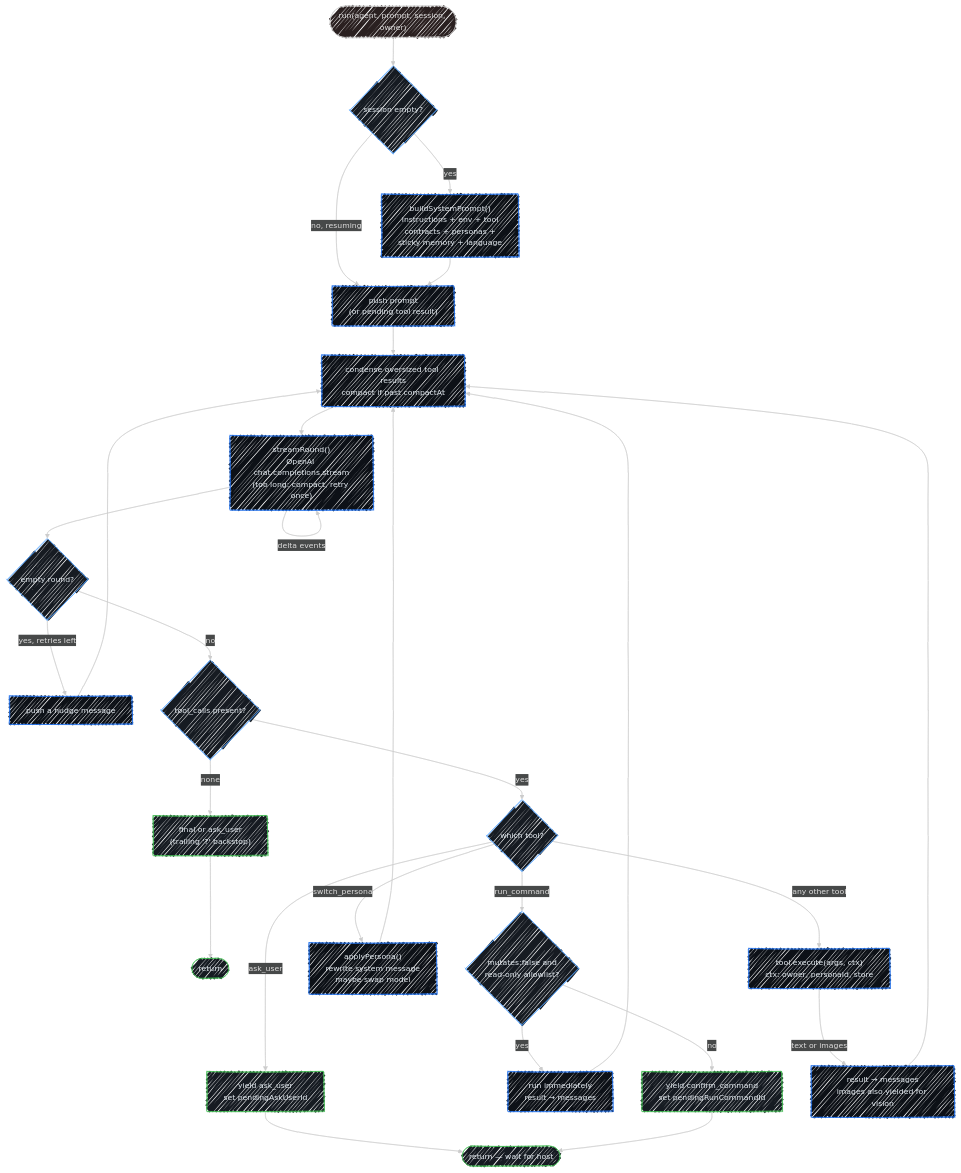
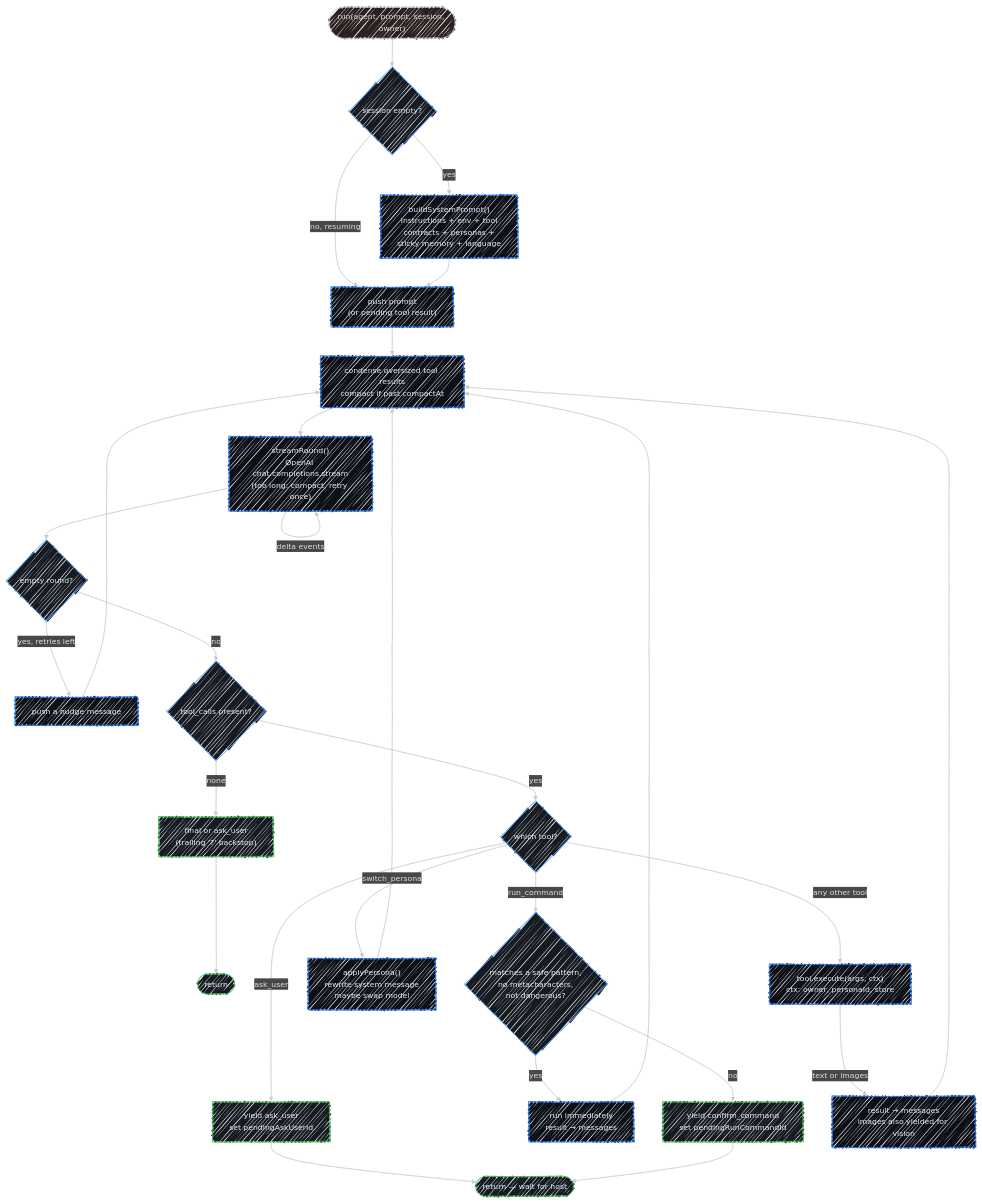
Before and after one commit to SubZtep/kaja: the second of 2 diagrams in docs/development/nasi.md, drawn with Mermaid. The commit also changed other lines of this file and 129 other files, not shown here.

Commit message:
TUI tweaks: tool calls in chat, clickable key bar, safe-commands list, cloud tool allowlist (#107)

````diff
--- a/docs/development/nasi.md
+++ b/docs/development/nasi.md
@@ -131,38 +131,38 @@
 ```mermaid
 ---
 config:
   look: handDrawn
   theme: neo-dark
 ---
 flowchart TD
     Start(["run(agent, prompt, session, owner)"]) --> Sys{"session empty?"}
     Sys -->|yes| Build["buildSystemPrompt()<br>instructions + env + tool<br>contracts + personas +<br>sticky memory + language"]
     Sys -->|no, resuming| Push
     Build --> Push["push prompt<br>(or pending tool result)"]
 
     Push --> Fit["condense oversized tool results<br>compact if past compactAt"]
     Fit --> Call["streamRound()<br>OpenAI chat.completions.stream<br>(too long: compact, retry once)"]
     Call -->|"delta events"| Call
 
     Call --> Empty{"empty round?"}
     Empty -->|"yes, retries left"| Nudge["push a nudge message"] --> Fit
     Empty -->|no| Calls{"tool_calls present?"}
 
     Calls -->|none| Final["final or ask_user<br>(trailing '?' backstop)"] --> Done(["return"])
 
     Calls -->|yes| Dispatch{"which tool?"}
     Dispatch -->|"ask_user"| AskEv["yield ask_user<br>set pendingAskUserId"] --> Wait(["return — wait for host"])
-    Dispatch -->|"run_command"| Risk{"mutates:false and<br>read-only allowlist?"}
+    Dispatch -->|"run_command"| Risk{"matches a safe pattern,<br>no metacharacters,<br>not dangerous?"}
     Risk -->|yes| AutoRun["run immediately<br>result → messages"] --> Fit
     Risk -->|no| ConfirmEv["yield confirm_command<br>set pendingRunCommandId"] --> Wait
     Dispatch -->|"switch_persona"| Switch["applyPersona()<br>rewrite system message<br>maybe swap model"] --> Fit
     Dispatch -->|"any other tool"| Exec["tool.execute(args, ctx)<br>ctx: owner, personaId, store"]
     Exec -->|"text or images"| Result["result → messages<br>images also yielded for vision"] --> Fit
 
     classDef decision fill:#161b22,stroke:#58a6ff,color:#e6edf3
     classDef action fill:#0d1117,stroke:#1f6feb,color:#e6edf3
     classDef stop fill:#161b22,stroke:#3fb950,color:#e6edf3
     class Sys,Empty,Calls,Dispatch,Risk decision
     class Build,Push,Fit,Call,Nudge,AutoRun,Switch,Exec,Result action
     class Final,Done,AskEv,Wait,ConfirmEv stop
 ```
````
